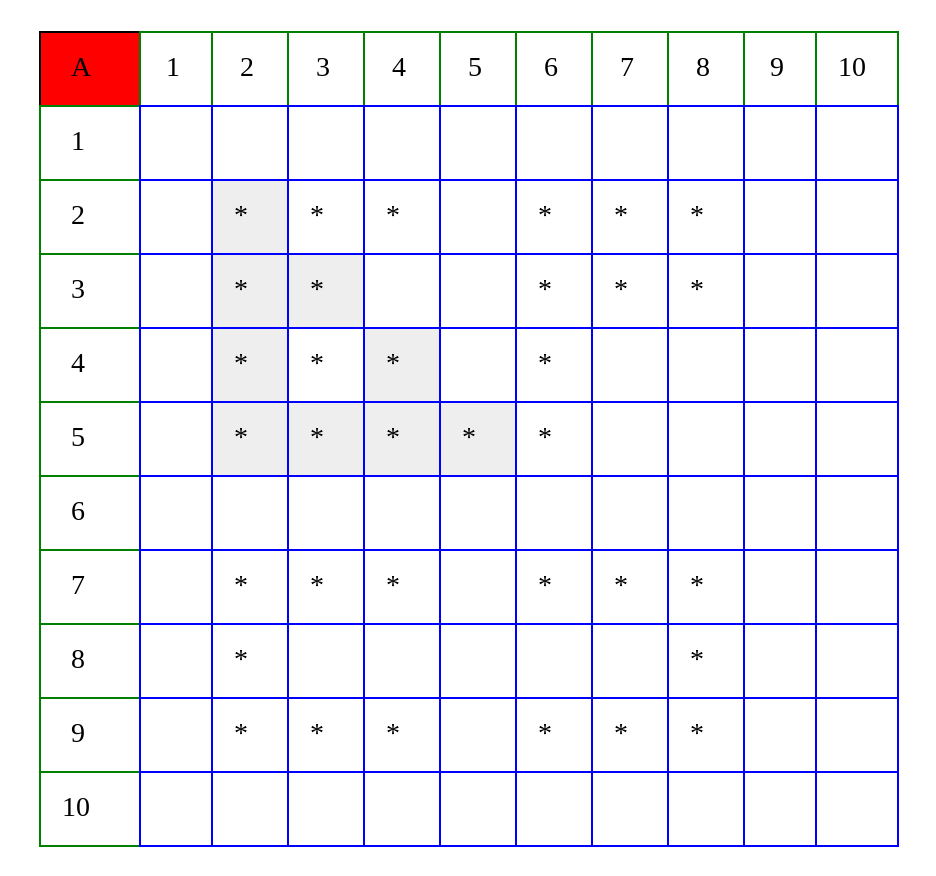
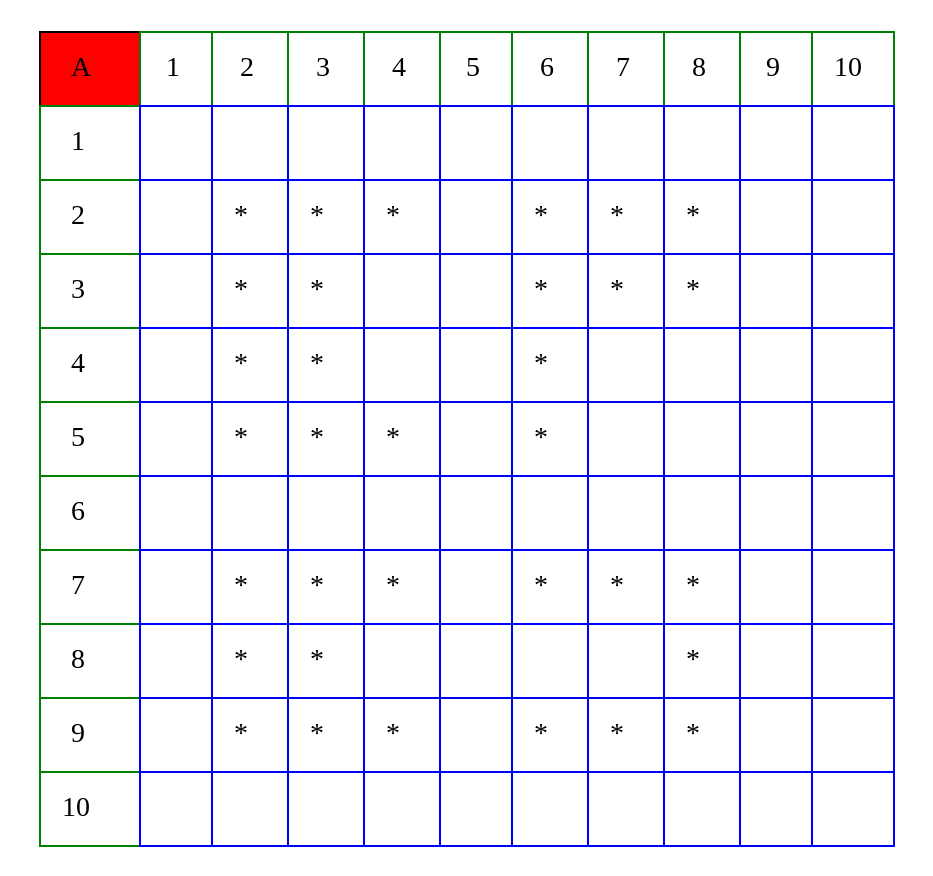
The diagram in Resultado.dot (AbidelLux/Proyecto02_1S2021IPC2_JAMES), drawn with Graphviz before and after one commit. The commit also changed 21 other files, not shown here.

```diff
--- a/Resultado.dot
+++ b/Resultado.dot
@@ -1,21 +1,21 @@
 digraph {
 	tbl [
 	size="4,4"
 	shape=plaintext
 	label=<
 
 		<table border="0" color="green" cellpadding="10" cellborder="1" cellspacing="0">
 	<tr><td bgcolor = "red" color="black"> A </td><td color="green">1</td><td color="green">2</td><td color="green">3</td><td color="green">4</td><td color="green">5</td><td color="green">6</td><td color="green">7</td><td color="green">8</td><td color="green">9</td><td color="green">10</td></tr>
 			<tr><td color="green"> 1 </td><td color="blue">   </td><td color="blue">   </td><td color="blue">   </td><td color="blue">   </td><td color="blue">   </td><td color="blue">   </td><td color="blue">   </td><td color="blue">   </td><td color="blue">   </td><td color="blue">   </td></tr>
-			<tr><td color="green"> 2 </td><td color="blue">   </td><td color="blue" bgcolor="#eeeeee"> * </td><td color="blue"> * </td><td color="blue"> * </td><td color="blue">   </td><td color="blue"> * </td><td color="blue"> * </td><td color="blue"> * </td><td color="blue">   </td><td color="blue">   </td></tr>
-			<tr><td color="green"> 3 </td><td color="blue">   </td><td color="blue" bgcolor="#eeeeee"> * </td><td color="blue" bgcolor="#eeeeee"> * </td><td color="blue">   </td><td color="blue">   </td><td color="blue"> * </td><td color="blue"> * </td><td color="blue"> * </td><td color="blue">   </td><td color="blue">   </td></tr>
-			<tr><td color="green"> 4 </td><td color="blue">   </td><td color="blue" bgcolor="#eeeeee"> * </td><td color="blue"> * </td><td color="blue" bgcolor="#eeeeee"> * </td><td color="blue">   </td><td color="blue"> * </td><td color="blue">   </td><td color="blue">   </td><td color="blue">   </td><td color="blue">   </td></tr>
-			<tr><td color="green"> 5 </td><td color="blue">   </td><td color="blue" bgcolor="#eeeeee"> * </td><td color="blue" bgcolor="#eeeeee"> * </td><td color="blue" bgcolor="#eeeeee"> * </td><td color="blue" bgcolor="#eeeeee"> * </td><td color="blue"> * </td><td color="blue">   </td><td color="blue">   </td><td color="blue">   </td><td color="blue">   </td></tr>
+			<tr><td color="green"> 2 </td><td color="blue">   </td><td color="blue"> * </td><td color="blue"> * </td><td color="blue"> * </td><td color="blue">   </td><td color="blue"> * </td><td color="blue"> * </td><td color="blue"> * </td><td color="blue">   </td><td color="blue">   </td></tr>
+			<tr><td color="green"> 3 </td><td color="blue">   </td><td color="blue"> * </td><td color="blue"> * </td><td color="blue">   </td><td color="blue">   </td><td color="blue"> * </td><td color="blue"> * </td><td color="blue"> * </td><td color="blue">   </td><td color="blue">   </td></tr>
+			<tr><td color="green"> 4 </td><td color="blue">   </td><td color="blue"> * </td><td color="blue"> * </td><td color="blue">   </td><td color="blue">   </td><td color="blue"> * </td><td color="blue">   </td><td color="blue">   </td><td color="blue">   </td><td color="blue">   </td></tr>
+			<tr><td color="green"> 5 </td><td color="blue">   </td><td color="blue"> * </td><td color="blue"> * </td><td color="blue"> * </td><td color="blue">   </td><td color="blue"> * </td><td color="blue">   </td><td color="blue">   </td><td color="blue">   </td><td color="blue">   </td></tr>
 			<tr><td color="green"> 6 </td><td color="blue">   </td><td color="blue">   </td><td color="blue">   </td><td color="blue">   </td><td color="blue">   </td><td color="blue">   </td><td color="blue">   </td><td color="blue">   </td><td color="blue">   </td><td color="blue">   </td></tr>
 			<tr><td color="green"> 7 </td><td color="blue">   </td><td color="blue"> * </td><td color="blue"> * </td><td color="blue"> * </td><td color="blue">   </td><td color="blue"> * </td><td color="blue"> * </td><td color="blue"> * </td><td color="blue">   </td><td color="blue">   </td></tr>
-			<tr><td color="green"> 8 </td><td color="blue">   </td><td color="blue"> * </td><td color="blue">   </td><td color="blue">   </td><td color="blue">   </td><td color="blue">   </td><td color="blue">   </td><td color="blue"> * </td><td color="blue">   </td><td color="blue">   </td></tr>
+			<tr><td color="green"> 8 </td><td color="blue">   </td><td color="blue"> * </td><td color="blue"> * </td><td color="blue">   </td><td color="blue">   </td><td color="blue">   </td><td color="blue">   </td><td color="blue"> * </td><td color="blue">   </td><td color="blue">   </td></tr>
 			<tr><td color="green"> 9 </td><td color="blue">   </td><td color="blue"> * </td><td color="blue"> * </td><td color="blue"> * </td><td color="blue">   </td><td color="blue"> * </td><td color="blue"> * </td><td color="blue"> * </td><td color="blue">   </td><td color="blue">   </td></tr>
 			<tr><td color="green"> 10 </td><td color="blue">   </td><td color="blue">   </td><td color="blue">   </td><td color="blue">   </td><td color="blue">   </td><td color="blue">   </td><td color="blue">   </td><td color="blue">   </td><td color="blue">   </td><td color="blue">   </td></tr>
 			</table>
 		>];
 }
```
